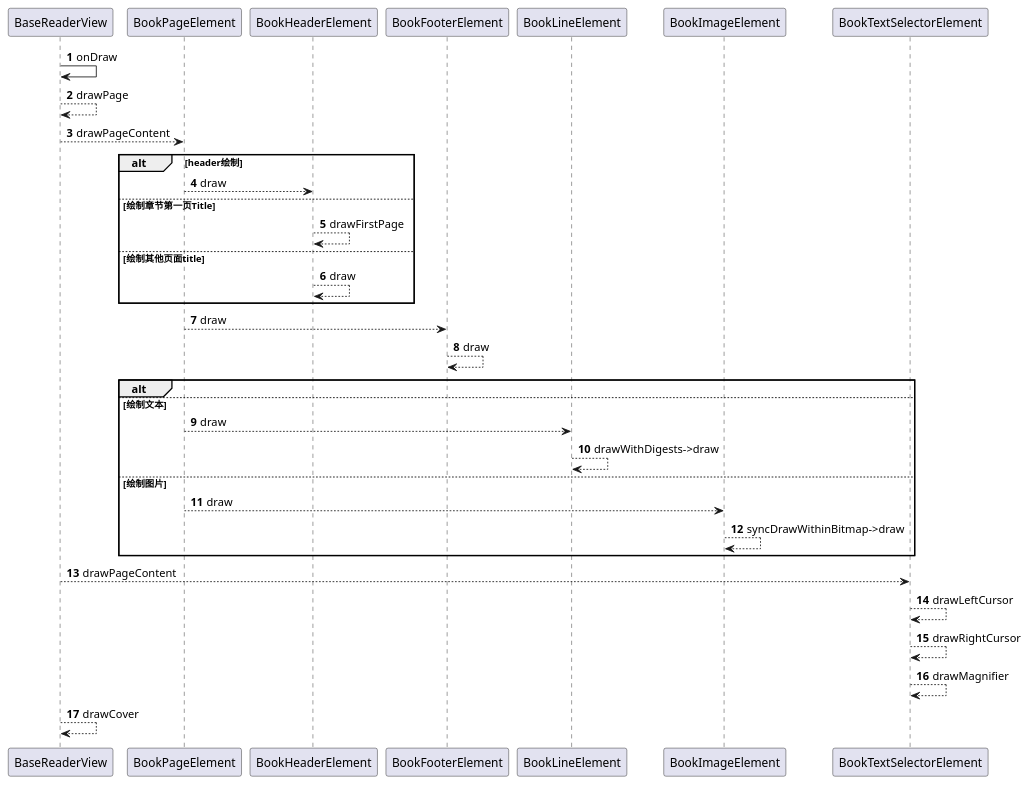
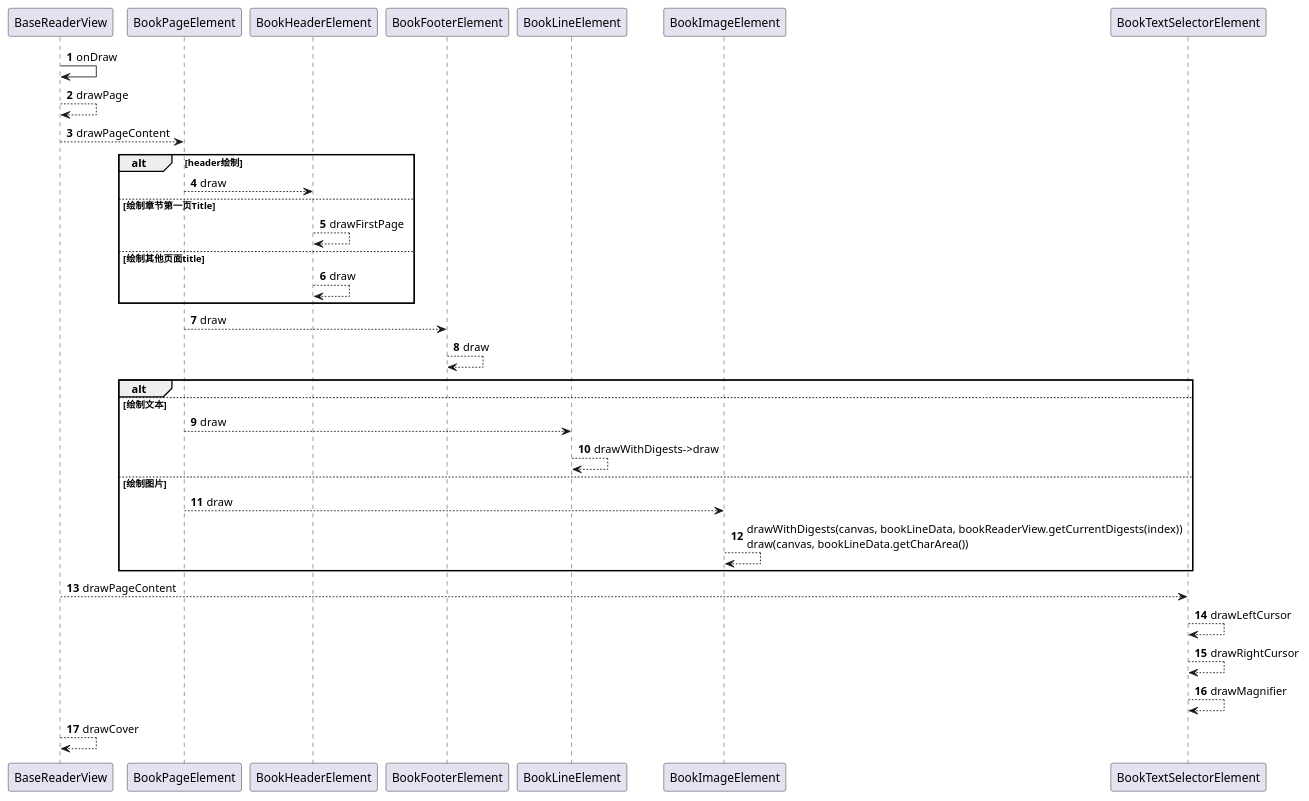
One commit to yufns/uml changed the diagram in uml/module/reader/reader_ondraw.puml. Above: the diagram before and after it, drawn with PlantUML. The commit also changed 3 other files, not shown here.

```diff
--- a/uml/module/reader/reader_ondraw.puml
+++ b/uml/module/reader/reader_ondraw.puml
@@ -1,40 +1,40 @@
 @startuml
 autonumber
 BaseReaderView -> BaseReaderView: onDraw
 BaseReaderView --> BaseReaderView: drawPage
 
 BaseReaderView --> BookPageElement: drawPageContent
 
 alt header绘制
 BookPageElement --> BookHeaderElement : draw
 else 绘制章节第一页Title
 BookHeaderElement --> BookHeaderElement : drawFirstPage
 else 绘制其他页面title
 BookHeaderElement --> BookHeaderElement : draw
 end
 
 BookPageElement --> BookFooterElement : draw
 BookFooterElement --> BookFooterElement : draw
 
 alt
 else 绘制文本
 BookPageElement --> BookLineElement : draw
 BookLineElement --> BookLineElement : drawWithDigests->draw
 
 else 绘制图片
 BookPageElement --> BookImageElement : draw
-BookImageElement --> BookImageElement : syncDrawWithinBitmap->draw
+BookImageElement --> BookImageElement : drawWithDigests(canvas, bookLineData, bookReaderView.getCurrentDigests(index))\ndraw(canvas, bookLineData.getCharArea())
 end
 
 
 
 BaseReaderView --> BookTextSelectorElement : drawPageContent
 BookTextSelectorElement --> BookTextSelectorElement : drawLeftCursor
 BookTextSelectorElement --> BookTextSelectorElement : drawRightCursor
 BookTextSelectorElement --> BookTextSelectorElement : drawMagnifier
 
 BaseReaderView --> BaseReaderView: drawCover
 
 
 
 @enduml
```
